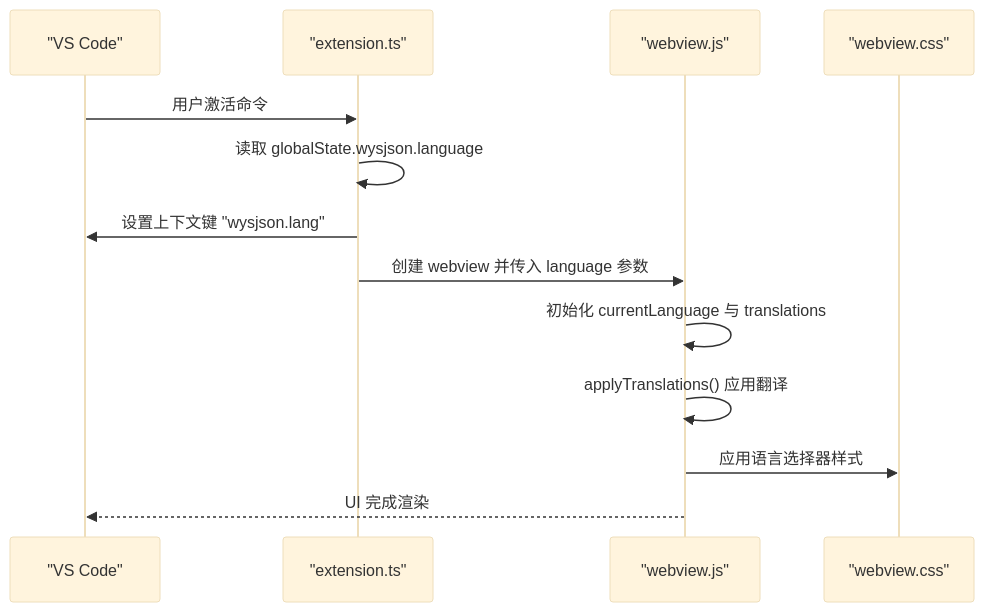
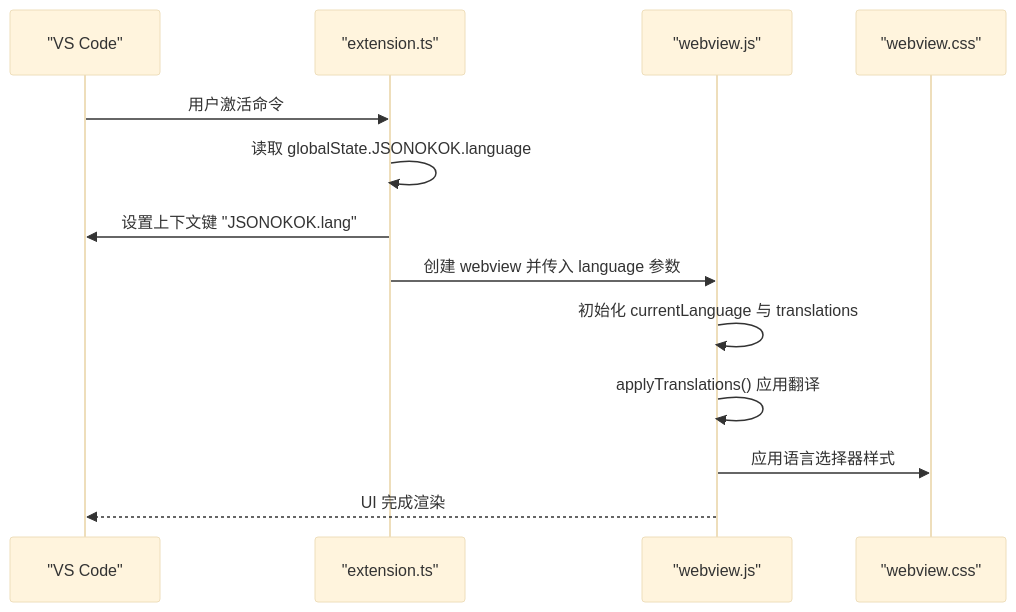
The second of 7 diagrams in .qoder/repowiki/zh/content/Webview 界面系统/国际化支持.md (meiok1/wysjson), drawn with Mermaid (base theme) before and after one commit. The commit also changed other lines of this file and 390 other files, not shown here.

````diff
--- a/.qoder/repowiki/zh/content/Webview 界面系统/国际化支持.md
+++ b/.qoder/repowiki/zh/content/Webview 界面系统/国际化支持.md
@@ -81,15 +88,15 @@
 ```mermaid
 sequenceDiagram
 participant VS as "VS Code"
 participant Ext as "extension.ts"
 participant WV as "webview.js"
 participant CSS as "webview.css"
 VS->>Ext : 用户激活命令
-Ext->>Ext : 读取 globalState.wysjson.language
-Ext->>VS : 设置上下文键 "wysjson.lang"
+Ext->>Ext : 读取 globalState.JSONOKOK.language
+Ext->>VS : 设置上下文键 "JSONOKOK.lang"
 Ext->>WV : 创建 webview 并传入 language 参数
 WV->>WV : 初始化 currentLanguage 与 translations
 WV->>WV : applyTranslations() 应用翻译
 WV->>CSS : 应用语言选择器样式
 WV-->>VS : UI 完成渲染
 ```
````
